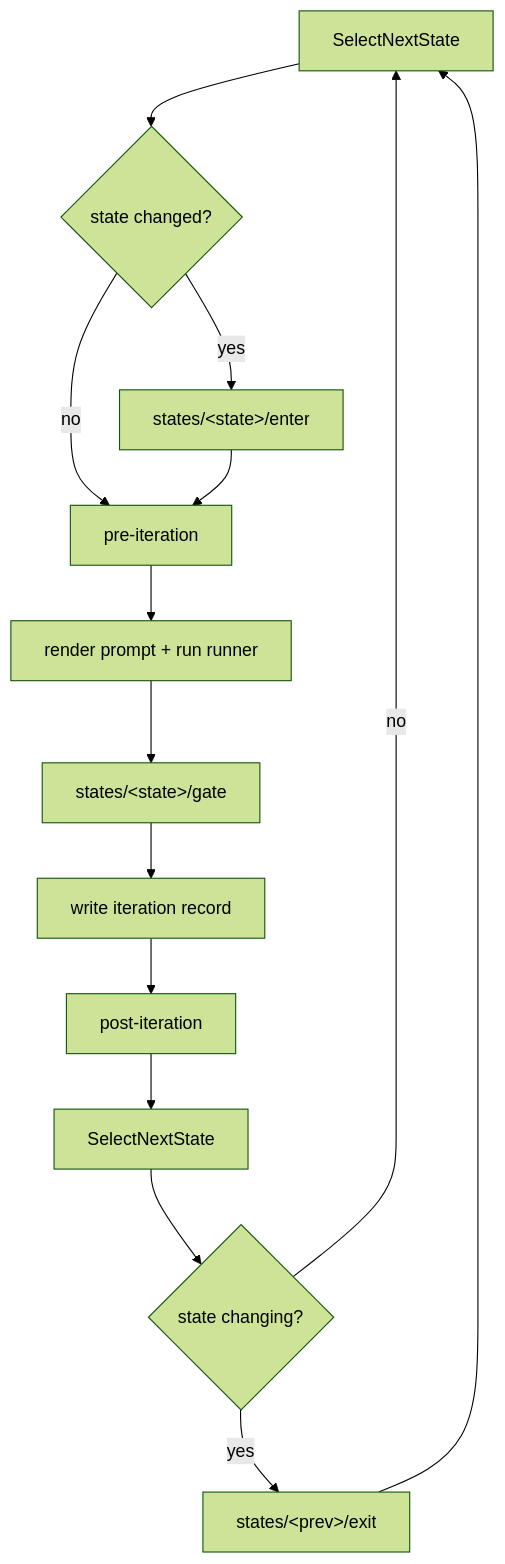
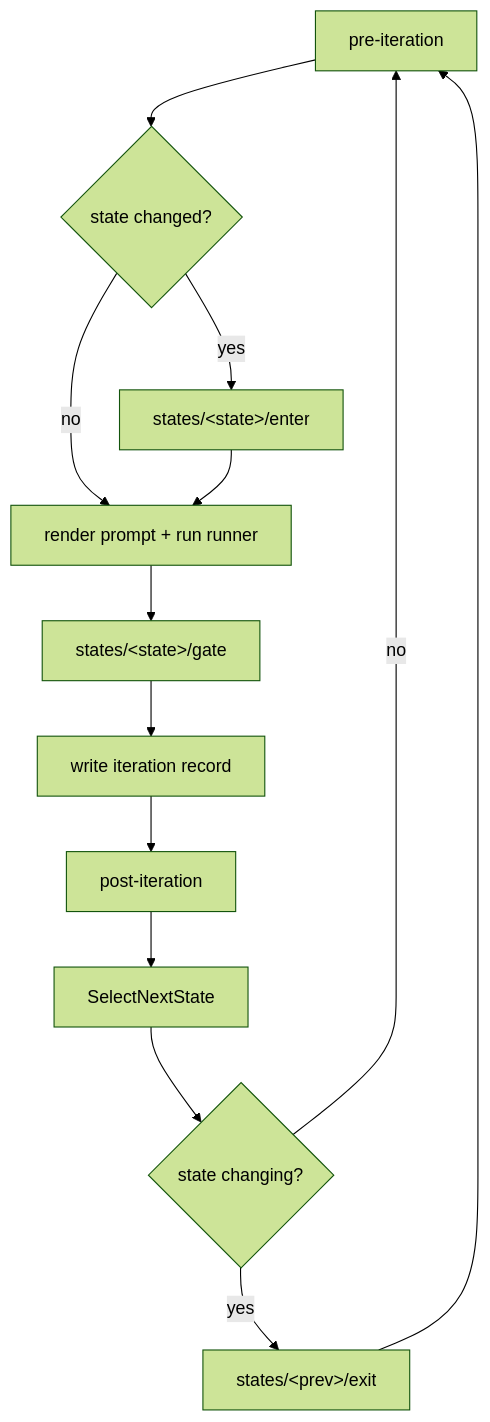
Before and after one commit to jcrussell/ralph: the diagram in docs/concepts/hooks.md, drawn with Mermaid (forest theme). The commit also changed other lines of this file, not shown here.

Commit message:
docs/concepts/hooks: fix pre-iteration ordering in mermaid
The lifecycle diagram showed `enter` before `pre-iteration`. The
implementation at internal/loop/iteration.go runs the global
`pre-iteration` hook first (step 1) so it can short-circuit the tick,
then conditionally runs the per-state `enter` hook only on entry into
a new state. Reorder the flowchart to match and add a short prose
line explaining the ordering.

ralph-kdc

````diff
--- a/docs/concepts/hooks.md
+++ b/docs/concepts/hooks.md
@@ -23,16 +23,15 @@
 ```mermaid
 flowchart TD
-  A[SelectNextState] --> B{state changed?}
+  A[pre-iteration] --> B{state changed?}
   B -->|yes| C["states/&lt;state&gt;/enter"]
-  B -->|no| D[pre-iteration]
+  B -->|no| D[render prompt + run runner]
   C --> D
-  D --> E[render prompt + run runner]
-  E --> F["states/&lt;state&gt;/gate"]
-  F --> G[write iteration record]
-  G --> H[post-iteration]
-  H --> I[SelectNextState]
-  I --> J{state changing?}
-  J -->|yes| K["states/&lt;prev&gt;/exit"]
-  J -->|no| A
-  K --> A
+  D --> E["states/&lt;state&gt;/gate"]
+  E --> F[write iteration record]
+  F --> G[post-iteration]
+  G --> H[SelectNextState]
+  H --> I{state changing?}
+  I -->|yes| J["states/&lt;prev&gt;/exit"]
+  I -->|no| A
+  J --> A
 ```
````
